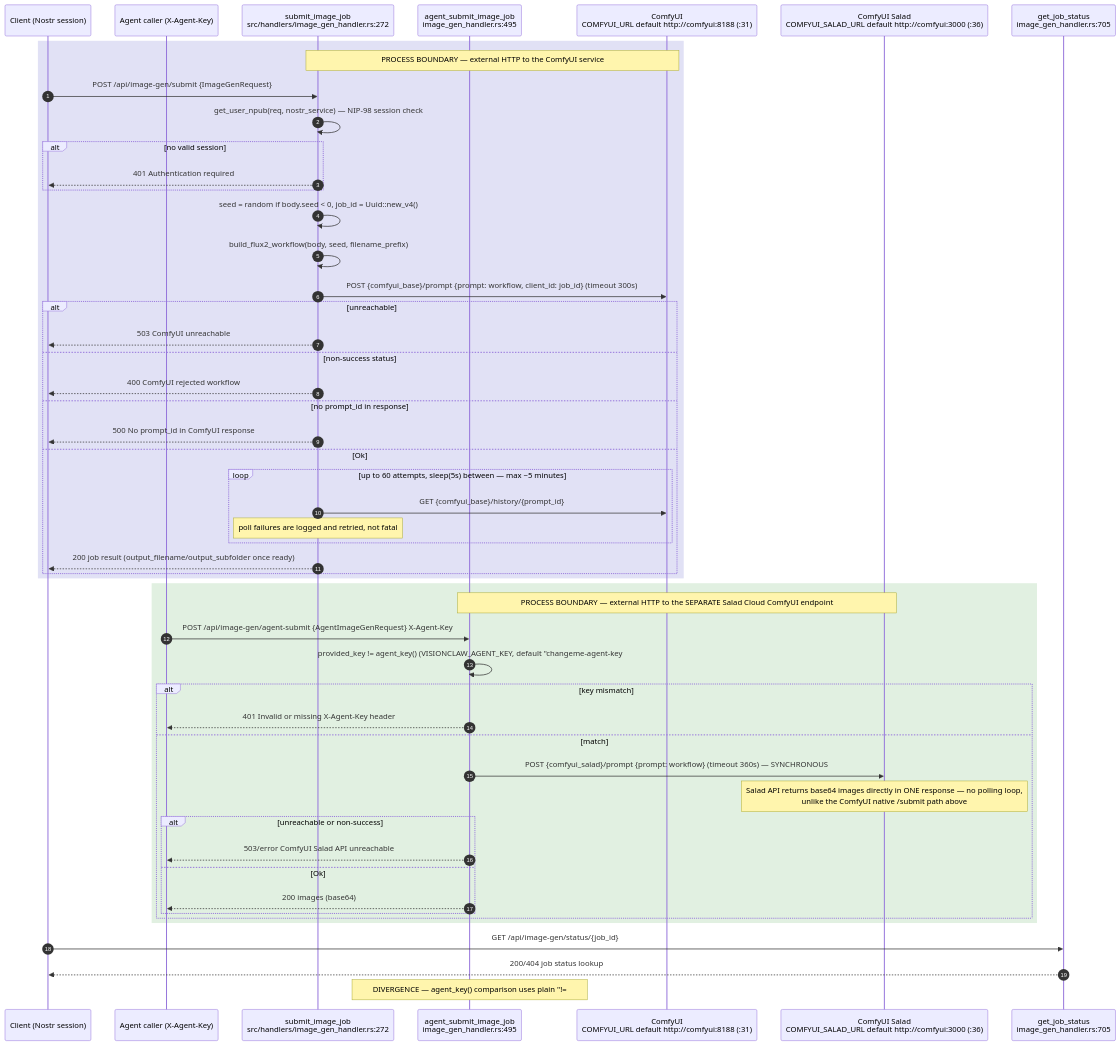
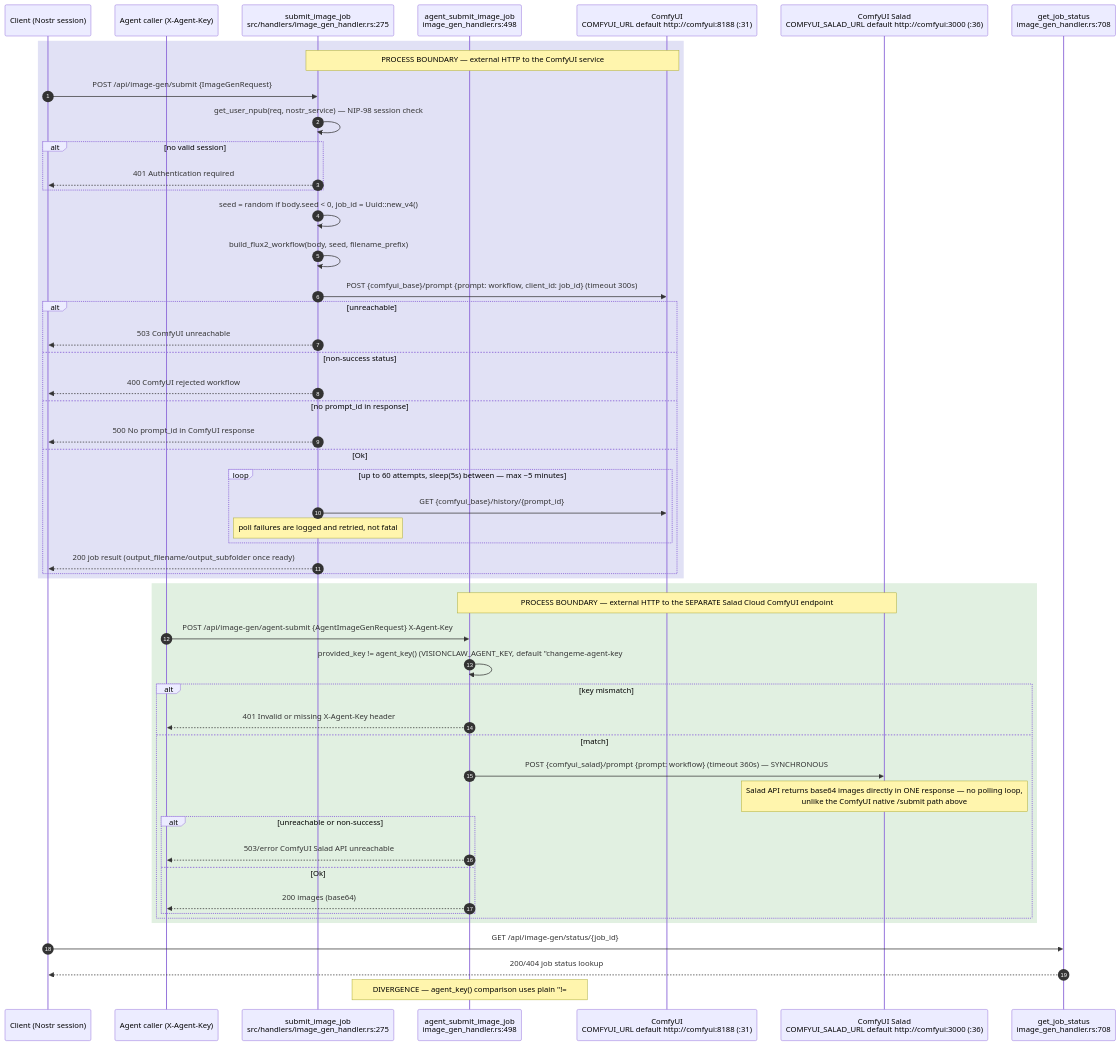
One commit to DreamLab-AI/AR-AI-Knowledge-Graph changed diagram 26 of 29 in docs/diagrams/visionclaw/04-handlers-graph-and-state.md. Above: the diagram before and after it, drawn with Mermaid. The commit also changed other lines of this file and 73 other files, not shown here.

First line of the commit message:
docs(diagrams): re-verify all 71 topic files against HEAD; add --cite-check

````diff
--- a/docs/diagrams/visionclaw/04-handlers-graph-and-state.md
+++ b/docs/diagrams/visionclaw/04-handlers-graph-and-state.md
@@ -1111,55 +1111,55 @@
 ```mermaid
 sequenceDiagram
     autonumber
     participant C as Client (Nostr session)
     participant A as Agent caller (X-Agent-Key)
-    participant SJ as submit_image_job<br/>src/handlers/image_gen_handler.rs:272
-    participant AJ as agent_submit_image_job<br/>image_gen_handler.rs:495
+    participant SJ as submit_image_job<br/>src/handlers/image_gen_handler.rs:275
+    participant AJ as agent_submit_image_job<br/>image_gen_handler.rs:498
     participant CU as ComfyUI<br/>COMFYUI_URL default http://comfyui:8188 (:31)
     participant SA as ComfyUI Salad<br/>COMFYUI_SALAD_URL default http://comfyui:3000 (:36)
-    participant GJ as get_job_status<br/>image_gen_handler.rs:705
+    participant GJ as get_job_status<br/>image_gen_handler.rs:708
 
     rect rgb(225,225,245)
     Note over SJ,CU: PROCESS BOUNDARY — external HTTP to the ComfyUI service
     C->>SJ: POST /api/image-gen/submit {ImageGenRequest}
     SJ->>SJ: get_user_npub(req, nostr_service) — NIP-98 session check
     alt no valid session
         SJ-->>C: 401 Authentication required
     end
     SJ->>SJ: seed = random if body.seed < 0, job_id = Uuid::new_v4()
     SJ->>SJ: build_flux2_workflow(body, seed, filename_prefix)
     SJ->>CU: POST {comfyui_base}/prompt {prompt: workflow, client_id: job_id} (timeout 300s)
     alt unreachable
         SJ-->>C: 503 ComfyUI unreachable
     else non-success status
         SJ-->>C: 400 ComfyUI rejected workflow
     else no prompt_id in response
         SJ-->>C: 500 No prompt_id in ComfyUI response
     else Ok
         loop up to 60 attempts, sleep(5s) between — max ~5 minutes
             SJ->>CU: GET {comfyui_base}/history/{prompt_id}
             Note over SJ: poll failures are logged and retried, not fatal
         end
         SJ-->>C: 200 job result (output_filename/output_subfolder once ready)
     end
     end
     rect rgb(225,240,225)
     Note over AJ,SA: PROCESS BOUNDARY — external HTTP to the SEPARATE Salad Cloud ComfyUI endpoint
     A->>AJ: POST /api/image-gen/agent-submit {AgentImageGenRequest} X-Agent-Key
     AJ->>AJ: provided_key != agent_key() (VISIONCLAW_AGENT_KEY, default #quot;changeme-agent-key#quot :46)
     alt key mismatch
         AJ-->>A: 401 Invalid or missing X-Agent-Key header
     else match
         AJ->>SA: POST {comfyui_salad}/prompt {prompt: workflow} (timeout 360s) — SYNCHRONOUS
         Note over SA: Salad API returns base64 images directly in ONE response — no polling loop,<br/>unlike the ComfyUI native /submit path above
         alt unreachable or non-success
             AJ-->>A: 503/error ComfyUI Salad API unreachable
         else Ok
             AJ-->>A: 200 images (base64)
         end
     end
     end
     C->>GJ: GET /api/image-gen/status/{job_id}
     GJ-->>C: 200/404 job status lookup
-    Note over AJ: DIVERGENCE — agent_key() comparison uses plain #quot;!=#quot (image_gen_handler.rs:505),<br/>NOT the constant_time_eq used by canary_write_authorised (VC-04.17) — same<br/>X-Agent-Key credential CONCEPT, two different comparison postures in one commit.<br/>Also unlike canary, an unset VISIONCLAW_AGENT_KEY here fails OPEN to a hardcoded<br/>default string rather than failing closed
+    Note over AJ: DIVERGENCE — agent_key() comparison uses plain #quot;!=#quot (image_gen_handler.rs:508),<br/>NOT the constant_time_eq used by canary_write_authorised (VC-04.17) — same<br/>X-Agent-Key credential CONCEPT, two different comparison postures in one commit.<br/>Also unlike canary, an unset VISIONCLAW_AGENT_KEY here fails OPEN to a hardcoded<br/>default string rather than failing closed
 ```
````
